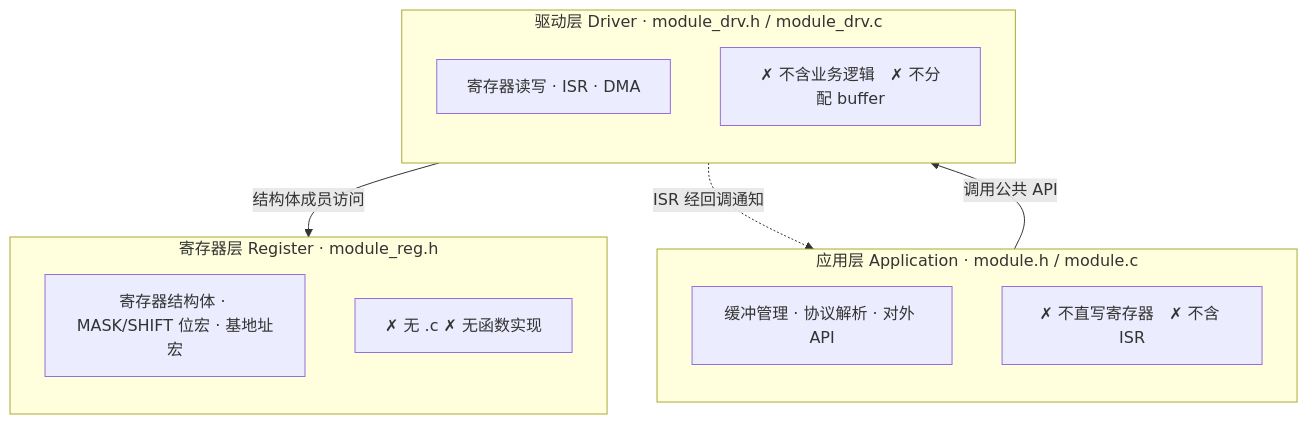
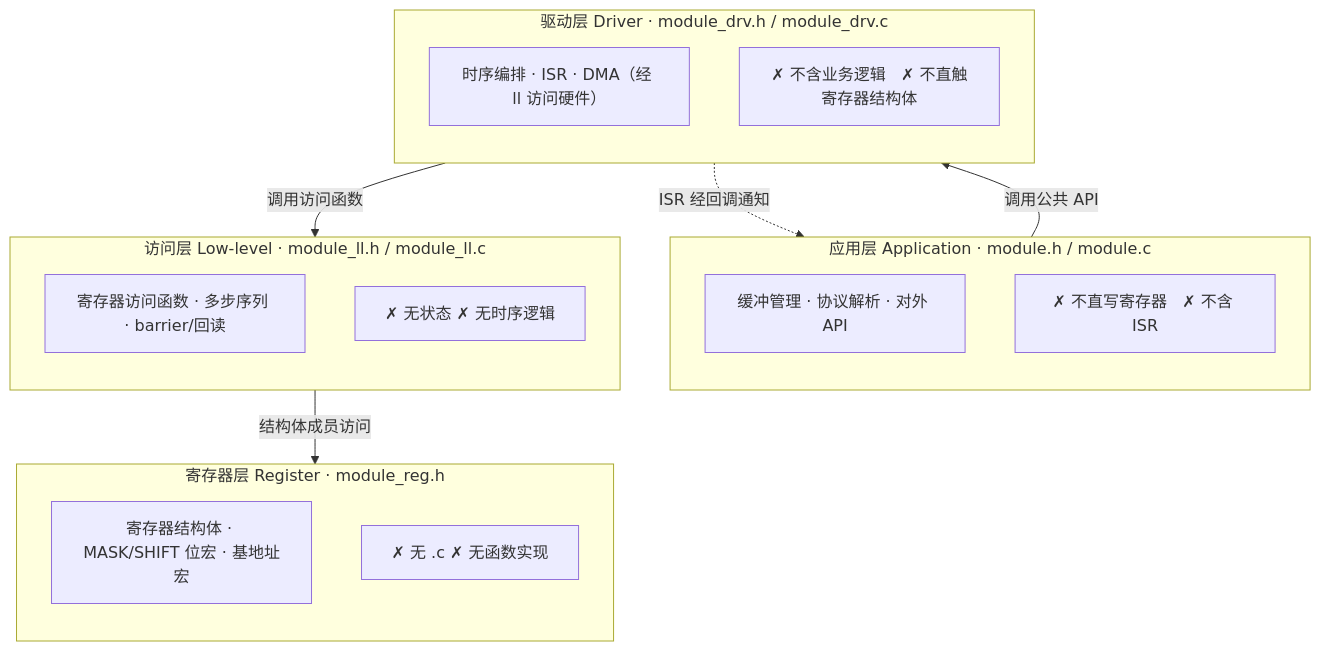
Before and after one commit to leon-2050/embedded-code-skill: the diagram in README.md, drawn with Mermaid. The commit also changed other lines of this file and 3 other files, not shown here.

````diff
--- a/README.md
+++ b/README.md
@@ -63,22 +62,28 @@
 ```mermaid
 flowchart TB
     subgraph APP["应用层 Application · module.h / module.c"]
         direction TB
         A1["缓冲管理 · 协议解析 · 对外 API"]
         A2["✗ 不直写寄存器   ✗ 不含 ISR"]
     end
     subgraph DRV["驱动层 Driver · module_drv.h / module_drv.c"]
         direction TB
-        D1["寄存器读写 · ISR · DMA"]
-        D2["✗ 不含业务逻辑   ✗ 不分配 buffer"]
+        D1["时序编排 · ISR · DMA（经 ll 访问硬件）"]
+        D2["✗ 不含业务逻辑   ✗ 不直触寄存器结构体"]
+    end
+    subgraph LL["访问层 Low-level · module_ll.h / module_ll.c"]
+        direction TB
+        L1["寄存器访问函数 · 多步序列 · barrier/回读"]
+        L2["✗ 无状态   ✗ 无时序逻辑"]
     end
     subgraph REG["寄存器层 Register · module_reg.h"]
         direction TB
         R1["寄存器结构体 · MASK/SHIFT 位宏 · 基地址宏"]
         R2["✗ 无 .c   ✗ 无函数实现"]
     end
 
     APP -->|"调用公共 API"| DRV
-    DRV -->|"结构体成员访问"| REG
+    DRV -->|"调用访问函数"| LL
+    LL -->|"结构体成员访问"| REG
     DRV -.->|"ISR 经回调通知"| APP
 ```
````
